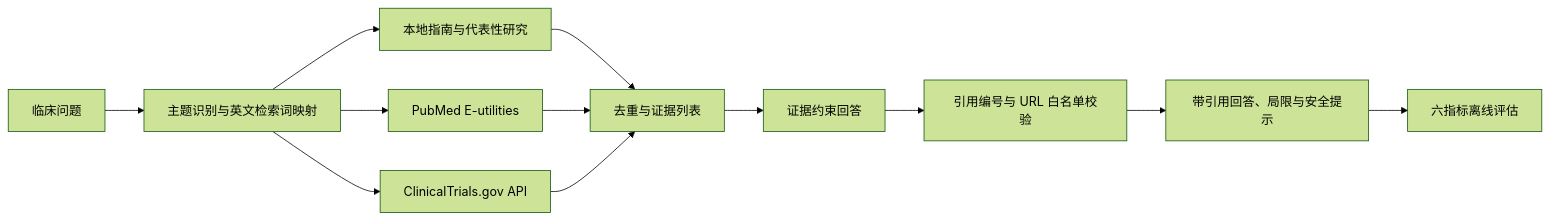
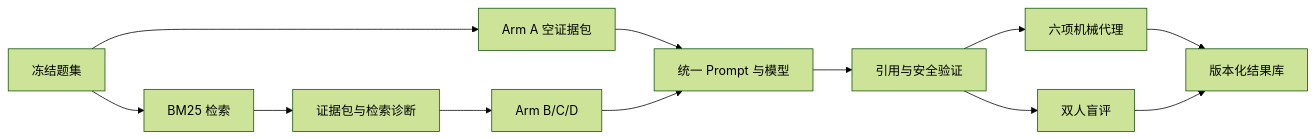
One commit to Type81-1/evidence-rag-benchmark changed the diagram in docs/architecture.md. Above: the diagram before and after it, drawn with Mermaid (forest theme). The commit also changed other lines of this file and 15 other files, not shown here.

````diff
--- a/docs/architecture.md
+++ b/docs/architecture.md
@@ -7,14 +26,14 @@
 ```mermaid
 flowchart LR
-    Q[临床问题] --> M[主题识别与英文检索词映射]
-    M --> L[本地指南与代表性研究]
-    M --> P[PubMed E-utilities]
-    M --> C[ClinicalTrials.gov API]
-    L --> D[去重与证据列表]
-    P --> D
-    C --> D
-    D --> A[证据约束回答]
-    A --> V[引用编号与 URL 白名单校验]
-    V --> O[带引用回答、局限与安全提示]
-    O --> E[六指标离线评估]
+    Q[冻结题集] --> R[BM25 检索]
+    R --> P[证据包与检索诊断]
+    Q --> A[Arm A 空证据包]
+    P --> B[Arm B/C/D]
+    A --> G[统一 Prompt 与模型]
+    B --> G
+    G --> V[引用与安全验证]
+    V --> M[六项机械代理]
+    V --> H[双人盲评]
+    M --> O[版本化结果库]
+    H --> O
 ```
````
